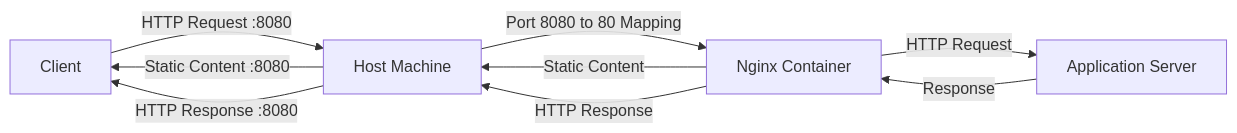
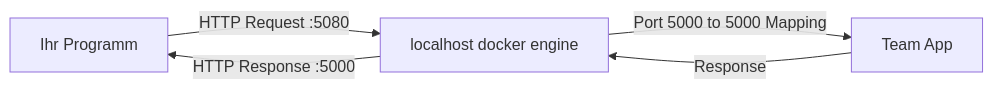
One commit to kevinsuelzle/Python_Wiki changed the first of 3 diagrams in docs/lehrplan/docker/kommunikation_zwischen_und_mit_docker_containern.md. Above: the diagram before and after it, drawn with Mermaid. The commit also changed other lines of this file, not shown here.

Commit message:
Port Mapping umgeschrieben

````diff
--- a/docs/lehrplan/docker/kommunikation_zwischen_und_mit_docker_containern.md
+++ b/docs/lehrplan/docker/kommunikation_zwischen_und_mit_docker_containern.md
@@ -101,11 +118,7 @@
 ```mermaid
 graph LR
-    client[Client] -- HTTP Request :8080 --> host[Host Machine]
-    host -- Port 8080 to 80 Mapping --> nginx[Nginx Container]
-    nginx -- Static Content --> host
-    host -- Static Content :8080 --> client
-    nginx -- HTTP Request --> app[Application Server]
-    app -- Response --> nginx
-    nginx -- HTTP Response --> host
-    host -- HTTP Response :8080 --> client
+    client[Ihr Programm] -- HTTP Request :5080 --> host[localhost docker engine]
+    host -- Port 5000 to 5000 Mapping --> app[Team App]
+    app -- Response --> host
+    host -- HTTP Response :5000 --> client
 ```
````
